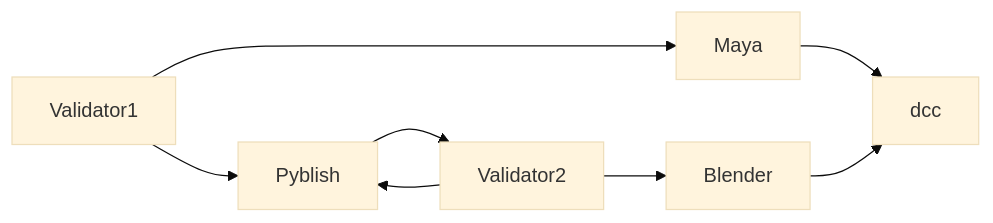
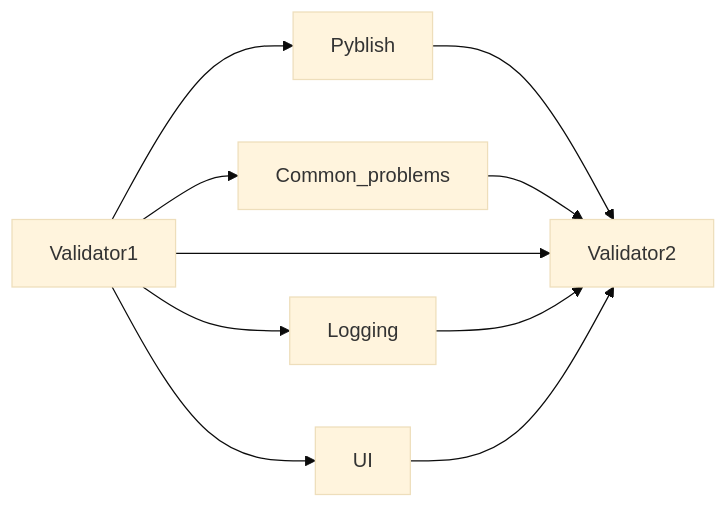
One commit to hannesdelbeke/brain changed the first of 2 diagrams in PKM/Link strength.md. Above: the diagram before and after it, drawn with Mermaid (base theme). The commit also changed other lines of this file, not shown here.

````diff
--- a/PKM/Link strength.md
+++ b/PKM/Link strength.md
@@ -5,9 +5,8 @@
 ```mermaid
 graph LR;
-    Validator1 --> Pyblish --> Validator2;
-    Validator1 --> Maya
-    Validator2 --> Blender
-    Validator2 --> Pyblish
-    Maya --> dcc
-    Blender --> dcc
+	Validator1 --> Pyblish --> Validator2
+	Validator1 --> Common_problems --> Validator2
+    Validator1 --> Validator2
+    Validator1 --> Logging  --> Validator2
+    Validator1 --> UI --> Validator2
 ```
````
